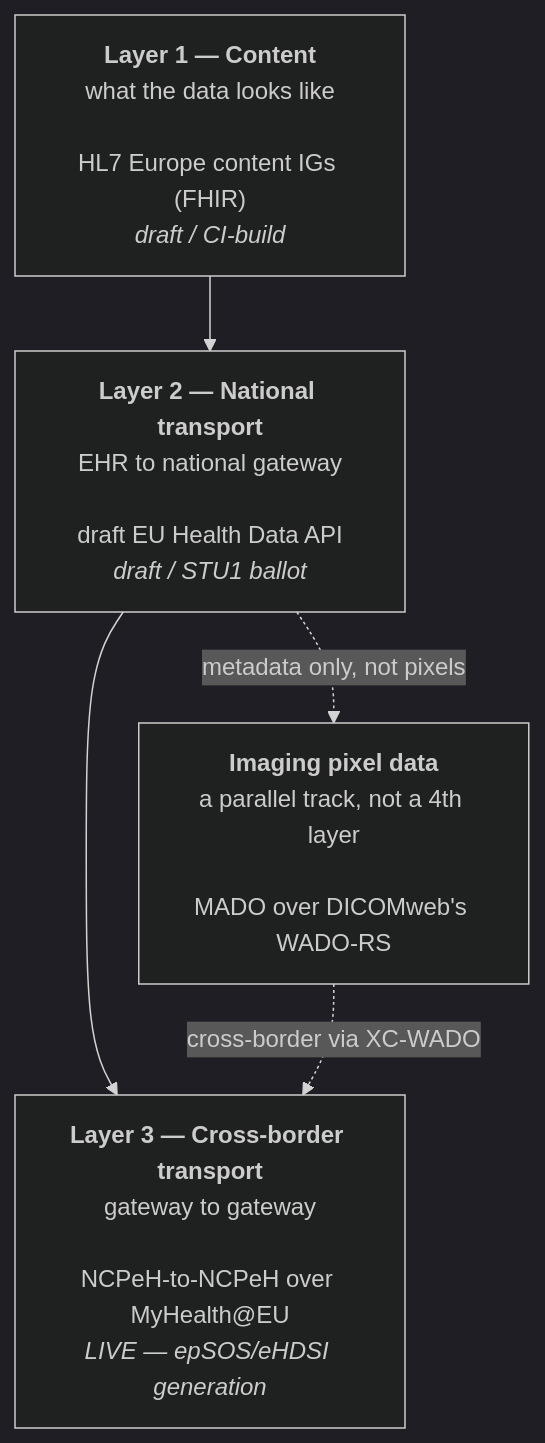
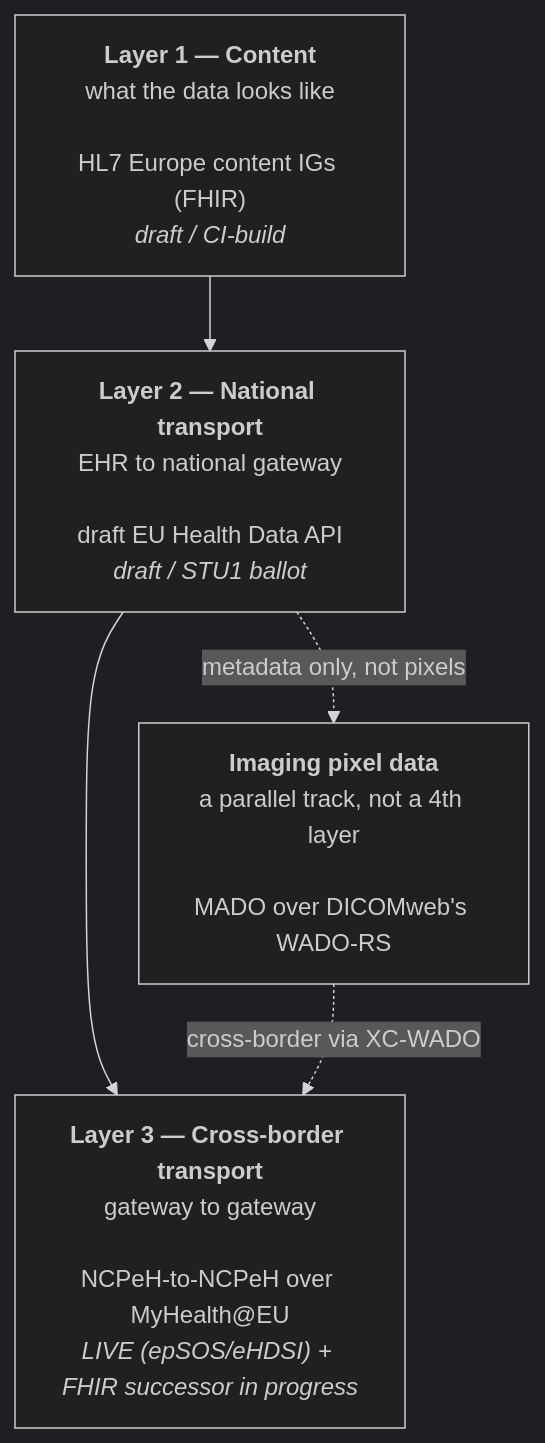
One commit to johnAlexamon/EHDS changed the diagram in docs/ehds-integration/06-api-drafts-and-specifications.md. Above: the diagram before and after it, drawn with Mermaid (dark theme). The commit also changed other lines of this file and 6 other files, not shown here.

````diff
--- a/docs/ehds-integration/06-api-drafts-and-specifications.md
+++ b/docs/ehds-integration/06-api-drafts-and-specifications.md
@@ -26,11 +26,11 @@
 ```mermaid
 flowchart TD
     L1["<b>Layer 1 — Content</b><br/>what the data looks like<br/><br/>HL7 Europe content IGs (FHIR)<br/><i>draft / CI-build</i>"]
     L2["<b>Layer 2 — National transport</b><br/>EHR to national gateway<br/><br/>draft EU Health Data API<br/><i>draft / STU1 ballot</i>"]
-    L3["<b>Layer 3 — Cross-border transport</b><br/>gateway to gateway<br/><br/>NCPeH-to-NCPeH over MyHealth@EU<br/><i>LIVE — epSOS/eHDSI generation</i>"]
+    L3["<b>Layer 3 — Cross-border transport</b><br/>gateway to gateway<br/><br/>NCPeH-to-NCPeH over MyHealth@EU<br/><i>LIVE (epSOS/eHDSI) + FHIR successor in progress</i>"]
     MADO["<b>Imaging pixel data</b><br/>a parallel track, not a 4th layer<br/><br/>MADO over DICOMweb's WADO-RS"]
 
     L1 --> L2 --> L3
     L2 -.metadata only, not pixels.-> MADO
     MADO -.cross-border via XC-WADO.-> L3
 ```
````
